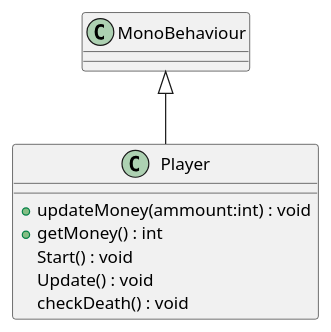
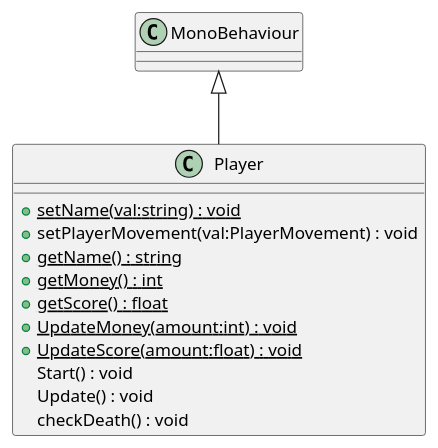
Before and after one commit to mariapreda19/ProiectMDS: the diagram in UML/TempleRun/Assets/Scripts/Player.puml, drawn with PlantUML. The commit also changed 15 other files, not shown here.

Commit message:
Generate UML (Generate UML)

```diff
--- a/UML/TempleRun/Assets/Scripts/Player.puml
+++ b/UML/TempleRun/Assets/Scripts/Player.puml
@@ -1,10 +1,15 @@
 @startuml
 class Player {
-    + updateMoney(ammount:int) : void
-    + getMoney() : int
+    + {static} setName(val:string) : void
+    + setPlayerMovement(val:PlayerMovement) : void
+    + {static} getName() : string
+    + {static} getMoney() : int
+    + {static} getScore() : float
+    + {static} UpdateMoney(amount:int) : void
+    + {static} UpdateScore(amount:float) : void
     Start() : void
     Update() : void
     checkDeath() : void
 }
 MonoBehaviour <|-- Player
 @enduml
```
